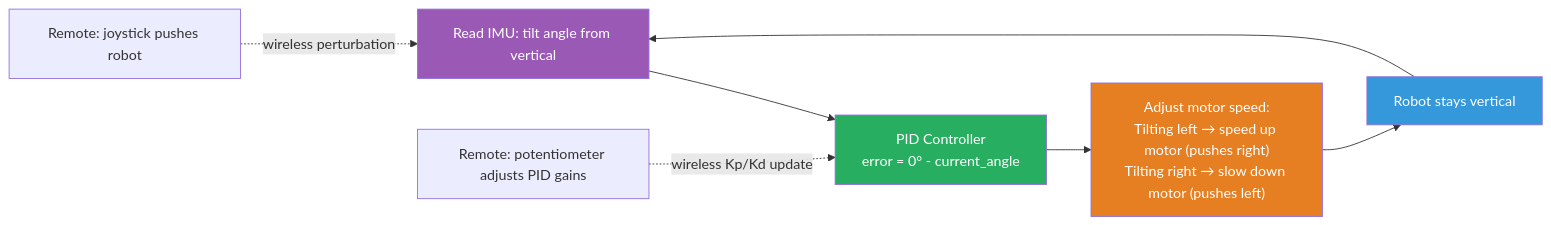
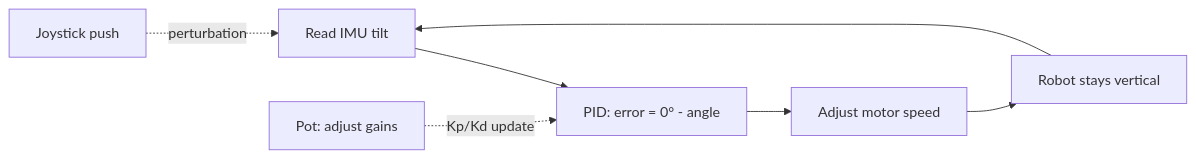
The fifth of 13 diagrams in docs/idea-shortlist-v2.md (doyun-gu/hack-a-bot-2026), drawn with Mermaid before and after one commit. The commit also changed other lines of this file and 3 other files, not shown here.

First line of the commit message:
Clean up diagrams + add EEE theory + ventilation application

````diff
--- a/docs/idea-shortlist-v2.md
+++ b/docs/idea-shortlist-v2.md
@@ -149,15 +134,9 @@
 ```mermaid
 flowchart LR
-    READ["Read IMU: tilt angle from vertical"] --> PID["PID Controller<br/>error = 0° - current_angle"]
-    PID --> MOTOR_CMD["Adjust motor speed:<br/>Tilting left → speed up motor (pushes right)<br/>Tilting right → slow down motor (pushes left)"]
-    MOTOR_CMD --> BALANCE["Robot stays vertical"]
+    READ[Read IMU tilt] --> PID[PID: error = 0° - angle]
+    PID --> CMD[Adjust motor speed]
+    CMD --> BALANCE[Robot stays vertical]
     BALANCE --> READ
-
-    REMOTE_PUSH["Remote: joystick pushes robot"] -.->|"wireless perturbation"| READ
-    REMOTE_TUNE["Remote: potentiometer adjusts PID gains"] -.->|"wireless Kp/Kd update"| PID
-
-    style READ fill:#9b59b6,color:#fff
-    style PID fill:#27ae60,color:#fff
-    style MOTOR_CMD fill:#e67e22,color:#fff
-    style BALANCE fill:#3498db,color:#fff
+    PUSH[Joystick push] -.->|perturbation| READ
+    TUNE[Pot: adjust gains] -.->|Kp/Kd update| PID
 ```
````
